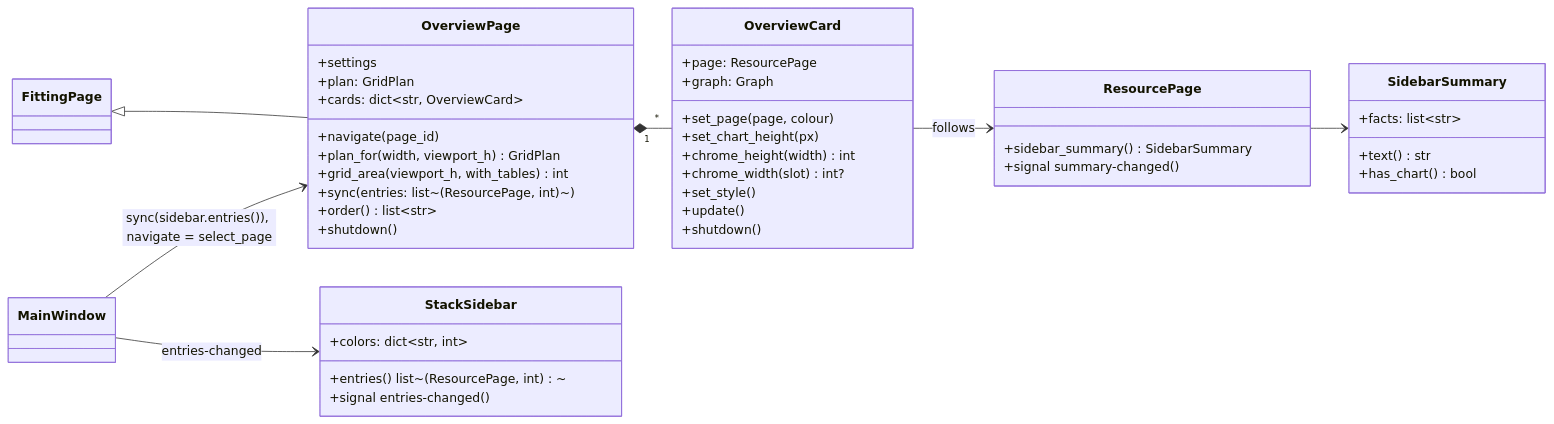
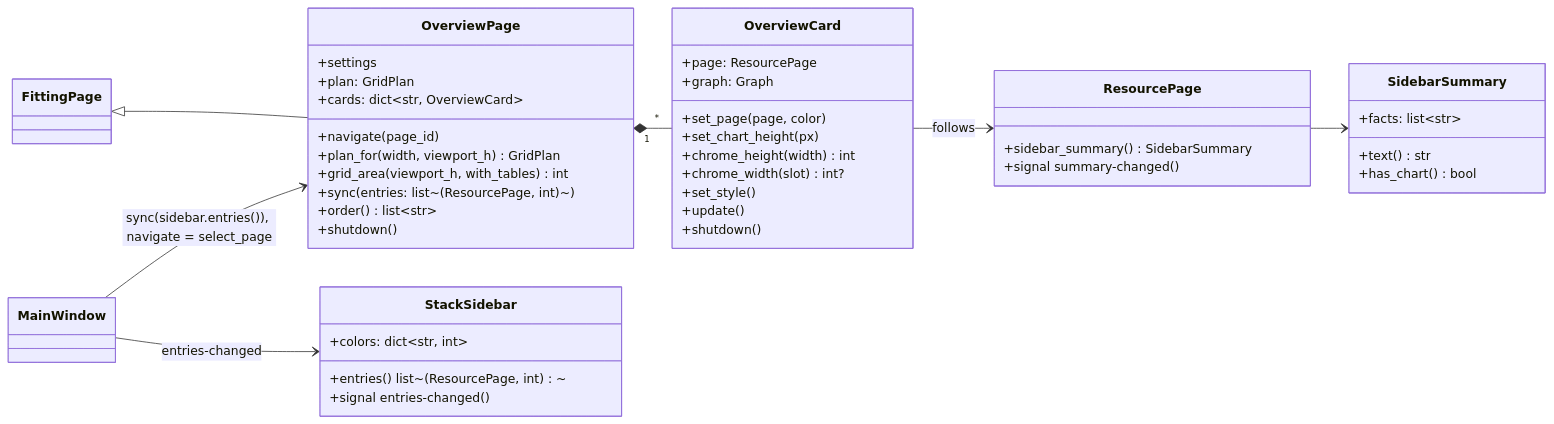
Before and after one commit to mamadingleberry/proccoli: diagram 25 of 47 in docs/DESIGN.md, drawn with Mermaid. The commit also changed other lines of this file and 44 other files, not shown here.

````diff
--- a/docs/DESIGN.md
+++ b/docs/DESIGN.md
@@ -2043,46 +2054,46 @@
 ```mermaid
 classDiagram
     direction LR
     class OverviewPage {
         +settings
         +navigate(page_id)
         +plan: GridPlan
         +plan_for(width, viewport_h) GridPlan
         +grid_area(viewport_h, with_tables) int
         +cards: dict~str, OverviewCard~
         +sync(entries: list~(ResourcePage, int)~)
         +order() list~str~
         +shutdown()
     }
     class OverviewCard {
         +page: ResourcePage
         +graph: Graph
-        +set_page(page, colour)
+        +set_page(page, color)
         +set_chart_height(px)
         +chrome_height(width) int
         +chrome_width(slot) int?
         +set_style()
         +update()
         +shutdown()
     }
     class StackSidebar {
         +colors: dict~str, int~
         +entries() list~(ResourcePage, int)~
         +signal entries-changed()
     }
     class ResourcePage {
         +sidebar_summary() SidebarSummary
         +signal summary-changed()
     }
     class SidebarSummary {
         +facts: list~str~
         +text() str
         +has_chart() bool
     }
     FittingPage <|-- OverviewPage
     OverviewPage "1" *-- "*" OverviewCard
     OverviewCard --> ResourcePage : follows
     ResourcePage --> SidebarSummary
     MainWindow --> OverviewPage : sync(sidebar.entries()), navigate = select_page
     MainWindow --> StackSidebar : entries-changed
 ```
````
